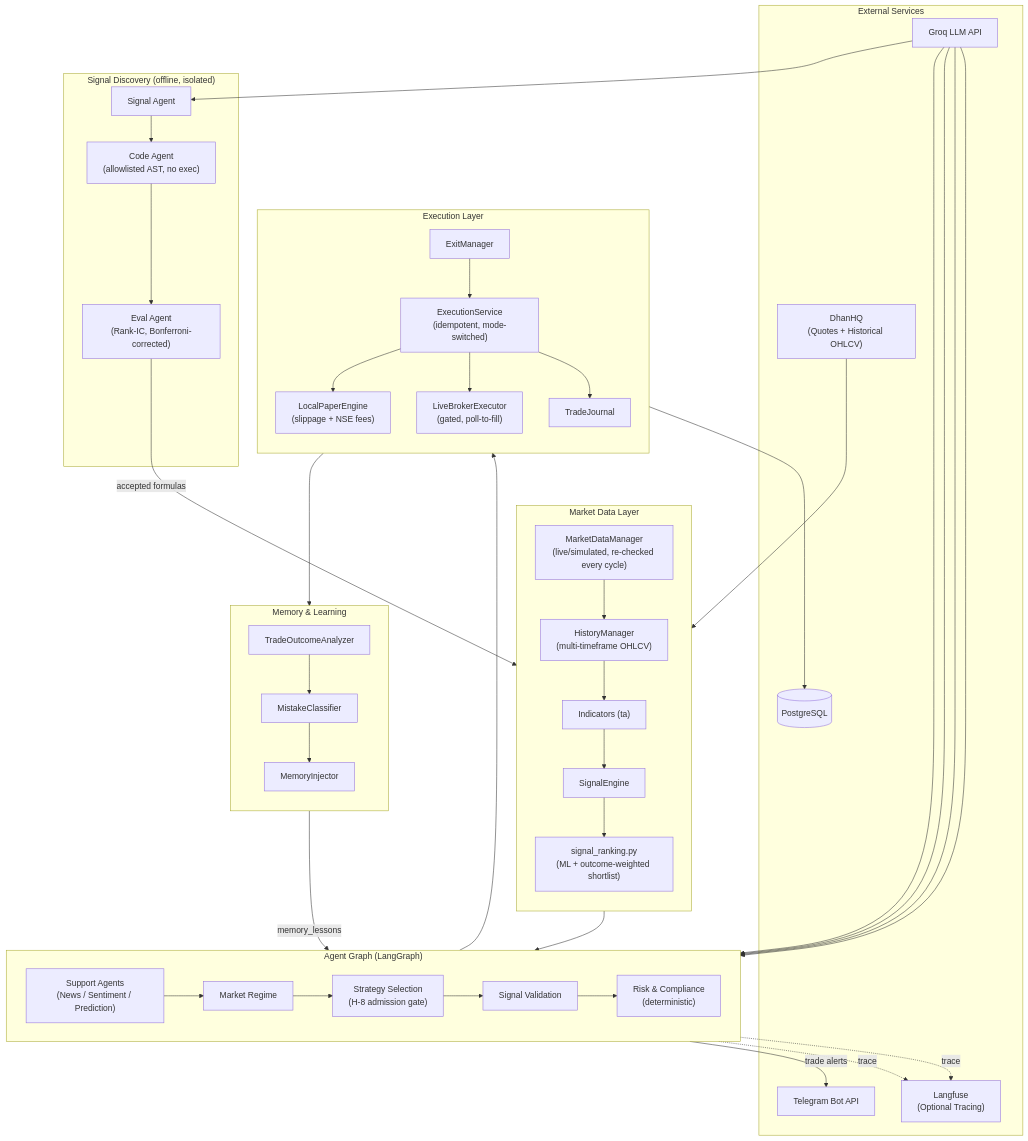
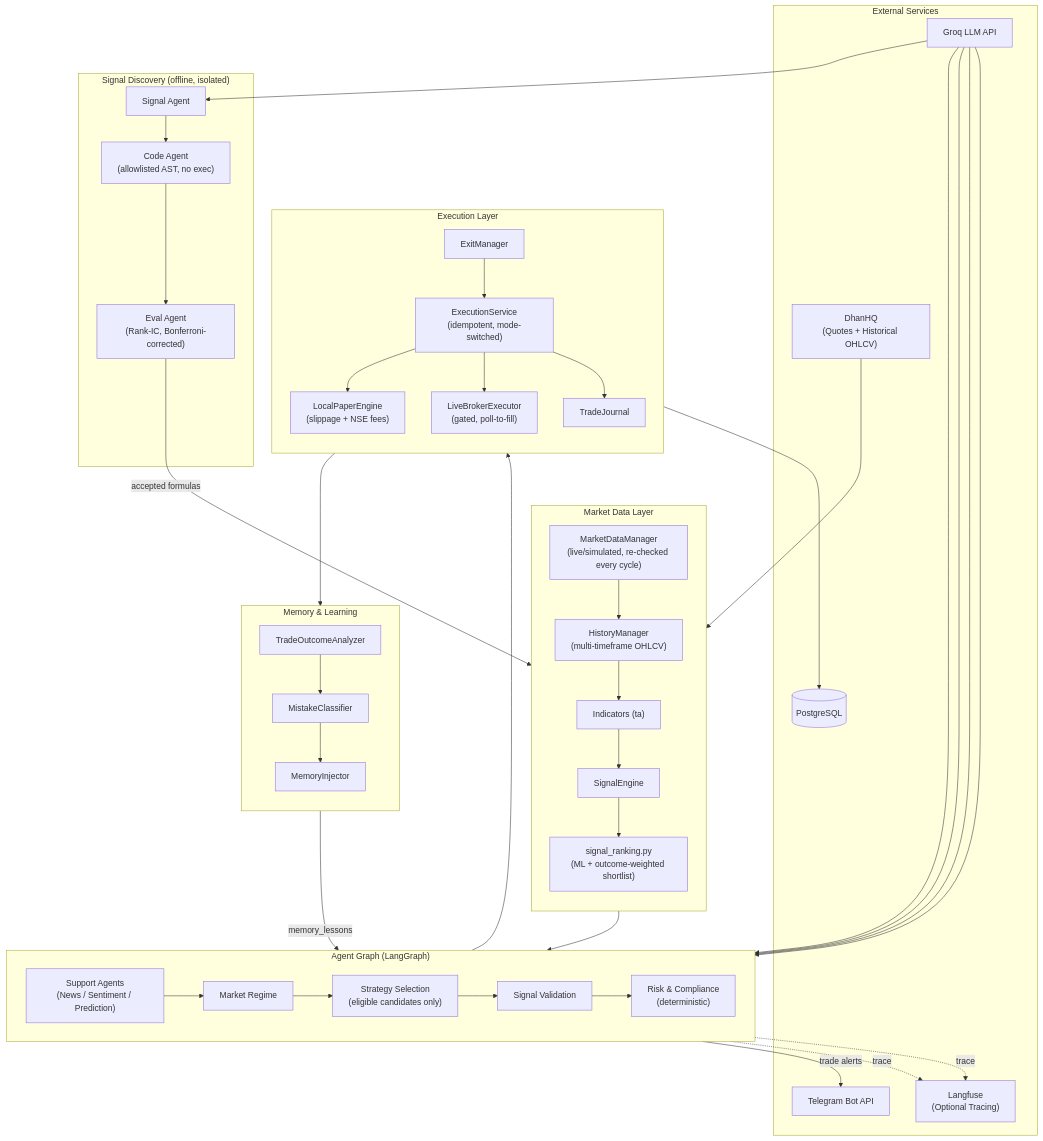
Before and after one commit to ven2day/DeltaQuant: the first of 4 diagrams in README.md, drawn with Mermaid. The commit also changed other lines of this file and 465 other files, not shown here.

````diff
--- a/README.md
+++ b/README.md
@@ -77,68 +88,68 @@
 ```mermaid
 flowchart TB
     subgraph External["External Services"]
         GROQ["Groq LLM API"]
         DHAN["DhanHQ<br/>(Quotes + Historical OHLCV)"]
         LANGFUSE["Langfuse<br/>(Optional Tracing)"]
         TELEGRAM["Telegram Bot API"]
         POSTGRES[("PostgreSQL")]
     end
 
     subgraph Market["Market Data Layer"]
         direction TB
         MANAGER["MarketDataManager<br/>(live/simulated, re-checked every cycle)"]
         HISTORY["HistoryManager<br/>(multi-timeframe OHLCV)"]
         INDICATORS["Indicators (ta)"]
         SIGNALS["SignalEngine"]
         RANKING["signal_ranking.py<br/>(ML + outcome-weighted shortlist)"]
     end
 
     subgraph Agents["Agent Graph (LangGraph)"]
         direction LR
         SUPPORT["Support Agents<br/>(News / Sentiment / Prediction)"]
         REGIME["Market Regime"]
-        STRATEGY["Strategy Selection<br/>(H-8 admission gate)"]
+        STRATEGY["Strategy Selection<br/>(eligible candidates only)"]
         VALIDATION["Signal Validation"]
         RISK["Risk & Compliance<br/>(deterministic)"]
         SUPPORT --> REGIME --> STRATEGY --> VALIDATION --> RISK
     end
 
     subgraph Memory["Memory & Learning"]
         direction TB
         ANALYZER["TradeOutcomeAnalyzer"]
         CLASSIFIER["MistakeClassifier"]
         INJECTOR["MemoryInjector"]
     end
 
     subgraph Execution["Execution Layer"]
         direction TB
         SERVICE["ExecutionService<br/>(idempotent, mode-switched)"]
         PAPER["LocalPaperEngine<br/>(slippage + NSE fees)"]
         LIVE["LiveBrokerExecutor<br/>(gated, poll-to-fill)"]
         EXITS["ExitManager"]
         JOURNAL["TradeJournal"]
     end
 
     subgraph Discovery["Signal Discovery (offline, isolated)"]
         SIGAGENT["Signal Agent"]
         CODEAGENT["Code Agent<br/>(allowlisted AST, no exec)"]
         EVALAGENT["Eval Agent<br/>(Rank-IC, Bonferroni-corrected)"]
     end
 
     DHAN --> MANAGER --> HISTORY --> INDICATORS --> SIGNALS --> RANKING
     RANKING --> SUPPORT
     GROQ --> SUPPORT
     GROQ --> REGIME
     GROQ --> STRATEGY
     GROQ --> VALIDATION
     RISK --> SERVICE --> PAPER
     SERVICE --> LIVE
     SERVICE --> JOURNAL --> ANALYZER --> CLASSIFIER --> INJECTOR -->|"memory_lessons"| SUPPORT
     EXITS --> SERVICE
     RISK -->|"trade alerts"| TELEGRAM
     JOURNAL --> POSTGRES
     REGIME -.trace.-> LANGFUSE
     STRATEGY -.trace.-> LANGFUSE
     SIGAGENT --> CODEAGENT --> EVALAGENT -->|"accepted formulas"| RANKING
     GROQ --> SIGAGENT
 ```
````
